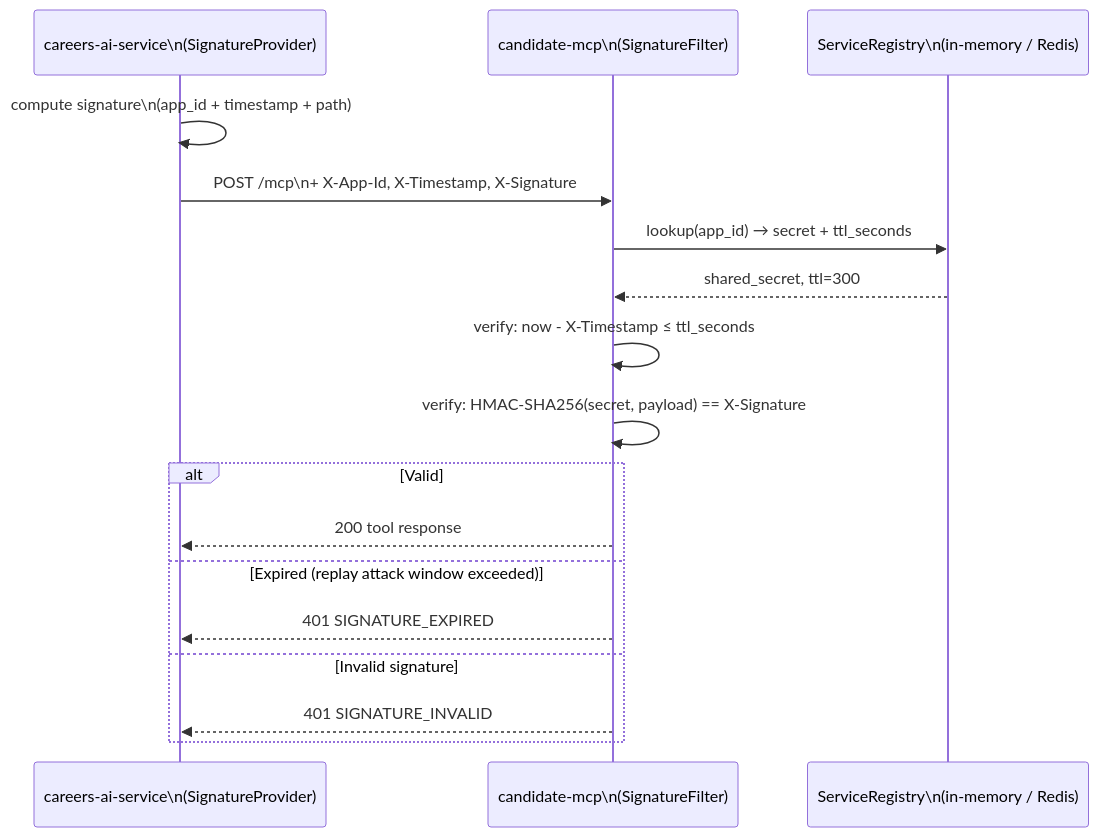
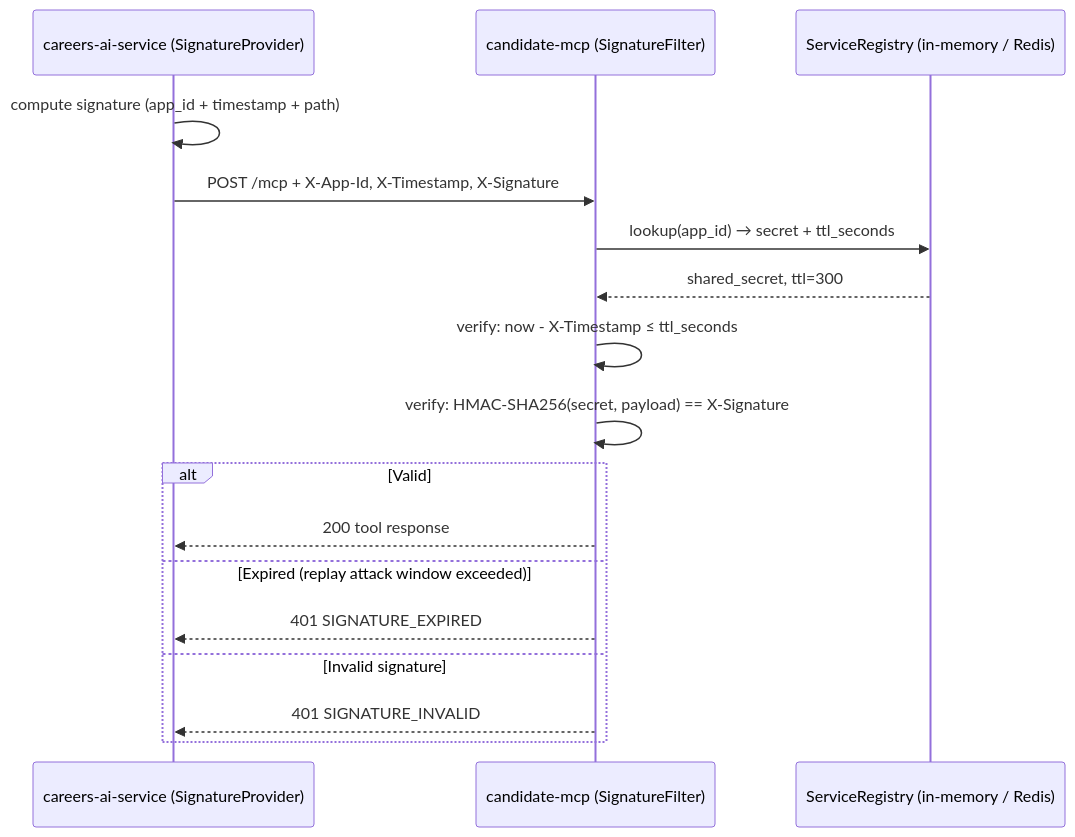
Diagram 22 of 35 in LLD_POST_APPLY_ASSISTANT.md (venkat-raman17/candidate-agent), drawn with Mermaid before and after one commit. The commit also changed other lines of this file, not shown here.

````diff
--- a/LLD_POST_APPLY_ASSISTANT.md
+++ b/LLD_POST_APPLY_ASSISTANT.md
@@ -1633,23 +1250,23 @@
 ```mermaid
 sequenceDiagram
-    participant Agent as careers-ai-service\n(SignatureProvider)
-    participant MCP as candidate-mcp\n(SignatureFilter)
-    participant SR as ServiceRegistry\n(in-memory / Redis)
+    participant Agent as careers-ai-service (SignatureProvider)
+    participant MCP as candidate-mcp (SignatureFilter)
+    participant SR as ServiceRegistry (in-memory / Redis)
 
-    Agent->>Agent: compute signature\n(app_id + timestamp + path)
-    Agent->>MCP: POST /mcp\n+ X-App-Id, X-Timestamp, X-Signature
+    Agent->>Agent: compute signature (app_id + timestamp + path)
+    Agent->>MCP: POST /mcp + X-App-Id, X-Timestamp, X-Signature
 
     MCP->>SR: lookup(app_id) → secret + ttl_seconds
     SR-->>MCP: shared_secret, ttl=300
 
     MCP->>MCP: verify: now - X-Timestamp ≤ ttl_seconds
     MCP->>MCP: verify: HMAC-SHA256(secret, payload) == X-Signature
 
     alt Valid
         MCP-->>Agent: 200 tool response
     else Expired (replay attack window exceeded)
         MCP-->>Agent: 401 SIGNATURE_EXPIRED
     else Invalid signature
         MCP-->>Agent: 401 SIGNATURE_INVALID
     end
 ```
````
